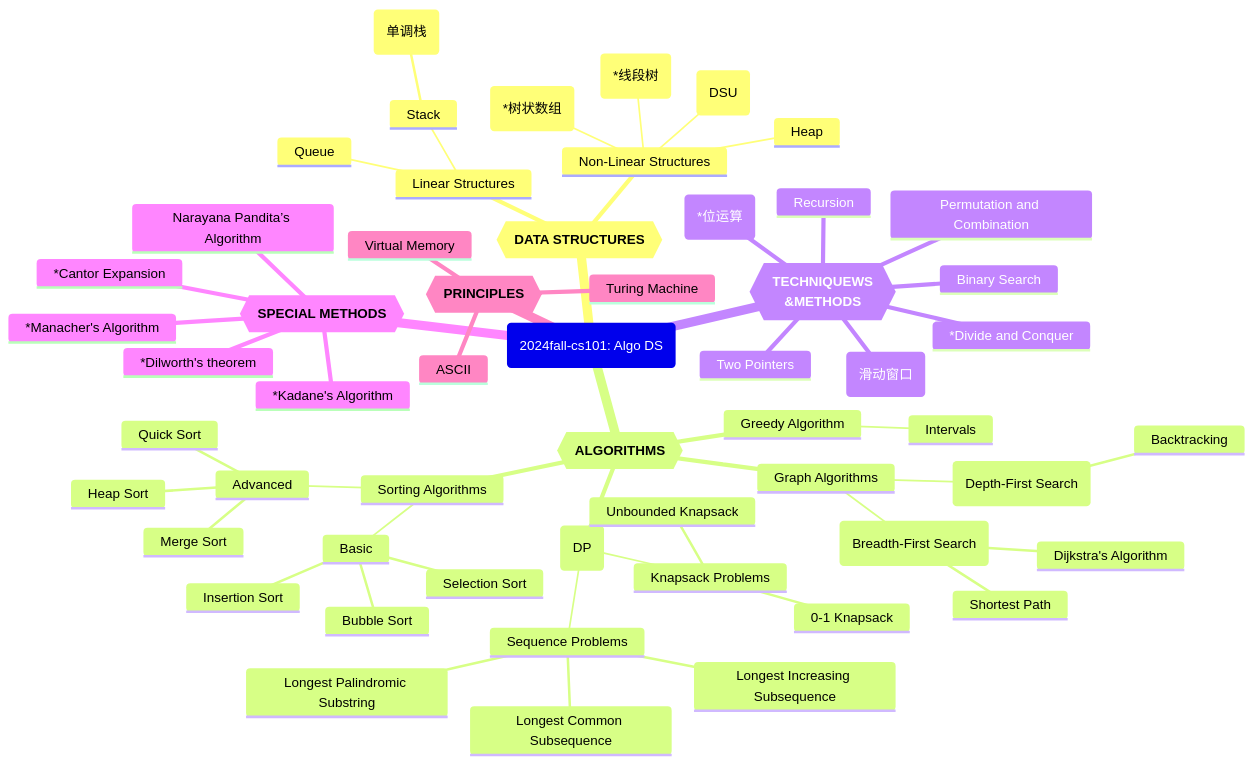
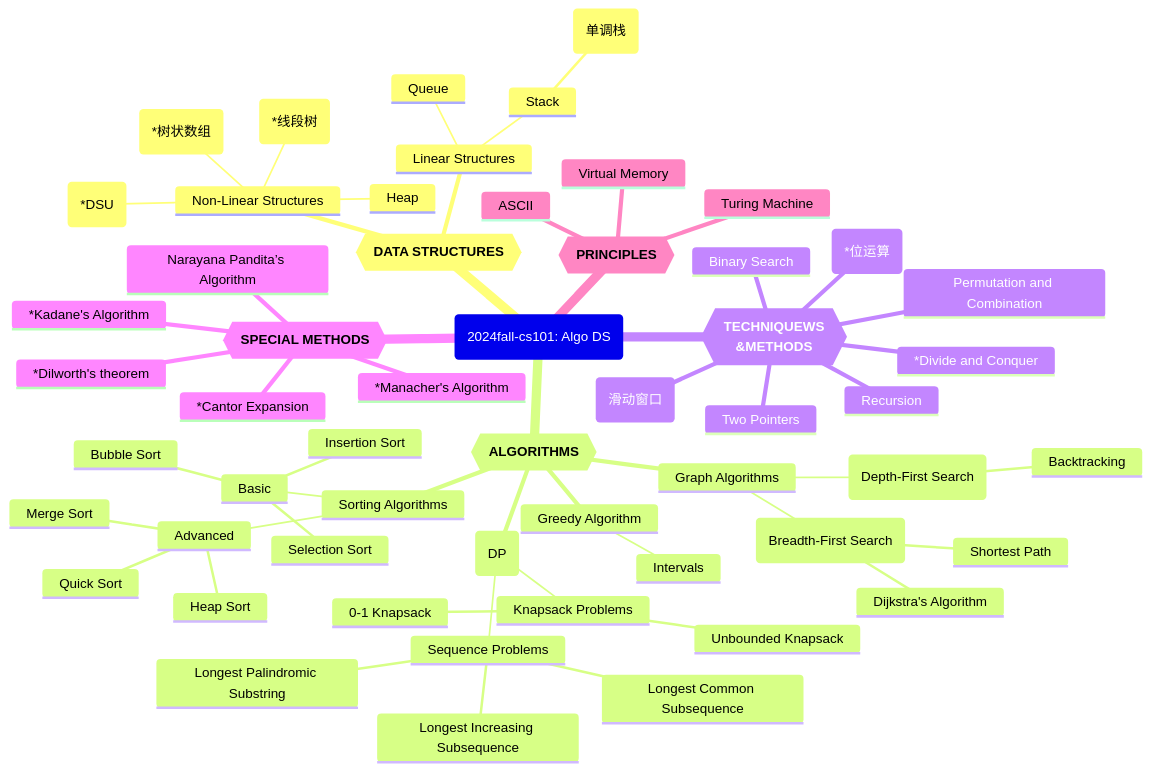
One commit to GMyhf/2024fall-cs101 changed the diagram in 20241202_knowledgeGraph_cs101-AlgoDS.md. Above: the diagram before and after it, drawn with Mermaid. The commit also changed other lines of this file, not shown here.

````diff
--- a/20241202_knowledgeGraph_cs101-AlgoDS.md
+++ b/20241202_knowledgeGraph_cs101-AlgoDS.md
@@ -13,63 +13,63 @@
 ```mermaid
 mindmap
   root (2024fall-cs101: Algo DS)
     Data Structures{{**DATA STRUCTURES**}}
     	Linear Structures
     		Stack
     			Monotonic Stack (单调栈)
     		Queue
     	Non-Linear Structures
     		Heap
     		Segment Tree(*线段树)
     		Binary Indexed Tree(*树状数组)
-    		*Disjoint Set Union (DSU)
+    		Disjoint Set Union (*DSU)
     	
     Algorithms{{**ALGORITHMS**}}
     	Greedy Algorithm
     		Intervals
     	Dynamic Programming (DP)
     		Knapsack Problems
     			0-1 Knapsack
     			Unbounded Knapsack
     		Sequence Problems
     			Longest Common Subsequence
     			Longest Increasing Subsequence
     			Longest Palindromic Substring
     	Graph Algorithms			
     		DFS (Depth-First Search)
     			Backtracking
     		BFS (Breadth-First Search)
     			Shortest Path
     			Dijkstra's Algorithm
     	Sorting Algorithms
     		Basic
     			Bubble Sort
     			Selection Sort
     			Insertion Sort
     		Advanced
     			Merge Sort
     			Quick Sort
     			Heap Sort
     Techniques and Methods{{**TECHNIQUEWS<br>&METHODS**}}
       *Divide and Conquer
       Recursion
       Binary Search
       Two Pointers
       Sliding Window(滑动窗口)
       Permutation and Combination
       Bit Manipulation (*位运算)
     Special Methods{{**SPECIAL METHODS**}}
       *Kadane's Algorithm
       *Manacher's Algorithm
       Narayana Pandita’s Algorithm
       *Cantor Expansion
       *Dilworth's theorem
       
     Principles{{**PRINCIPLES**}}
       ASCII
       Virtual Memory
       Turing Machine
 			
       
 
 ```
````
